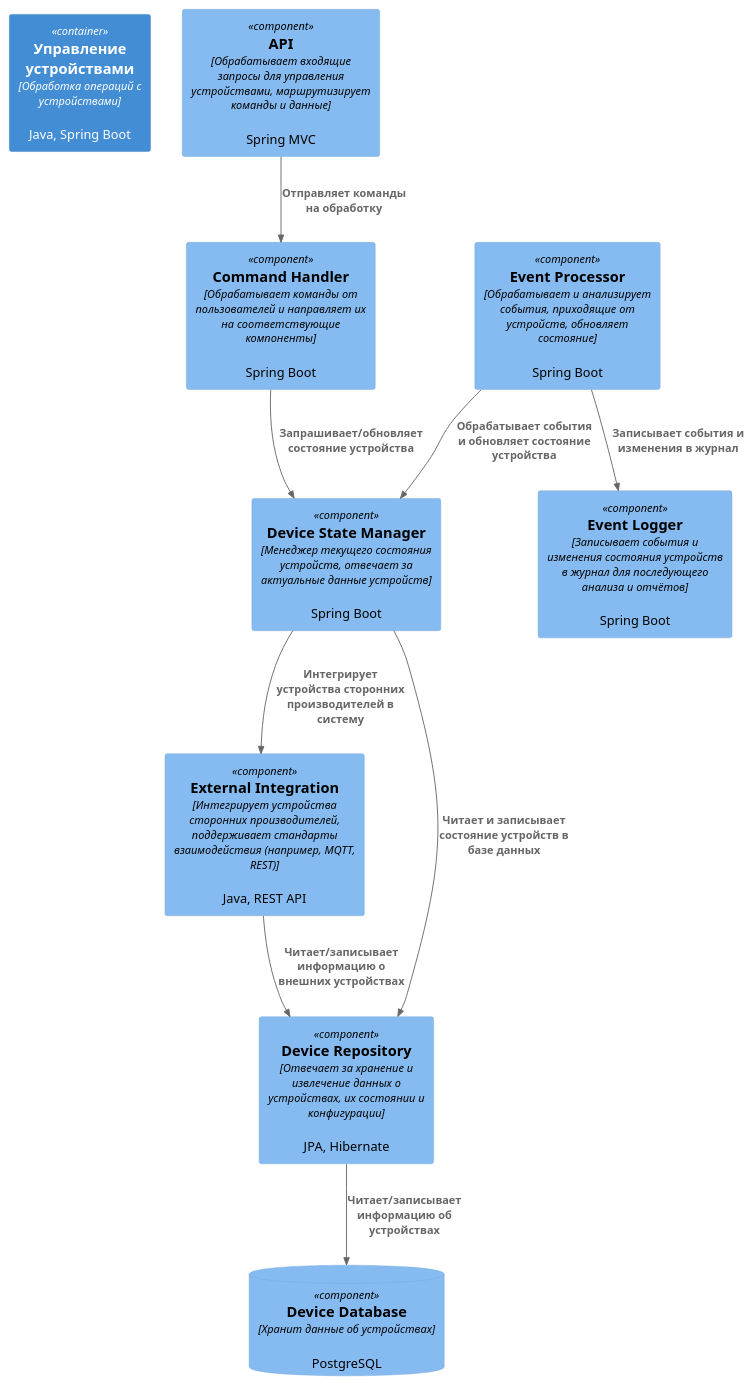
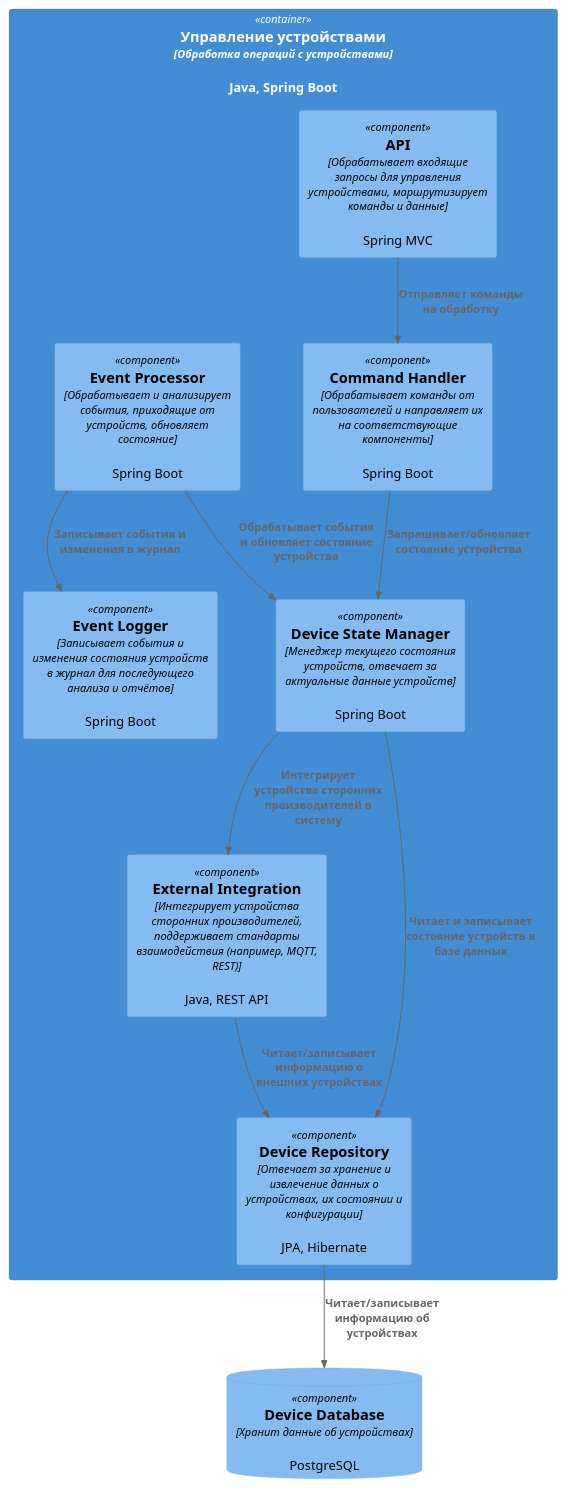
Before and after one commit to ArtPro9/architecture-warmhouse: the diagram in schemas/Devices_Service_Component.puml, drawn with PlantUML. The commit also changed 2 other files, not shown here.

```diff
--- a/schemas/Devices_Service_Component.puml
+++ b/schemas/Devices_Service_Component.puml
@@ -1,24 +1,24 @@
 @startuml
 !include https://raw.githubusercontent.com/RicardoNiepel/C4-PlantUML/master/C4_Component.puml
 
-Container(devicesService, "Управление устройствами", "Обработка операций с устройствами", "Java, Spring Boot")
-
-Component(api, "API", "Обрабатывает входящие запросы для управления устройствами, маршрутизирует команды и данные", "Spring MVC")
-Component(commandHandler, "Command Handler", "Обрабатывает команды от пользователей и направляет их на соответствующие компоненты", "Spring Boot")
-Component(deviceStateManager, "Device State Manager", "Менеджер текущего состояния устройств, отвечает за актуальные данные устройств", "Spring Boot")
-Component(eventProcessor, "Event Processor", "Обрабатывает и анализирует события, приходящие от устройств, обновляет состояние", "Spring Boot")
-Component(externalIntegration, "External Integration", "Интегрирует устройства сторонних производителей, поддерживает стандарты взаимодействия (например, MQTT, REST)", "Java, REST API")
-Component(deviceRepository, "Device Repository", "Отвечает за хранение и извлечение данных о устройствах, их состоянии и конфигурации", "JPA, Hibernate")
-Component(eventLogger, "Event Logger", "Записывает события и изменения состояния устройств в журнал для последующего анализа и отчётов", "Spring Boot")
+Container(devicesService, "Управление устройствами", "Обработка операций с устройствами", "Java, Spring Boot") {
+    Component(api, "API", "Обрабатывает входящие запросы для управления устройствами, маршрутизирует команды и данные", "Spring MVC")
+    Component(commandHandler, "Command Handler", "Обрабатывает команды от пользователей и направляет их на соответствующие компоненты", "Spring Boot")
+    Component(deviceStateManager, "Device State Manager", "Менеджер текущего состояния устройств, отвечает за актуальные данные устройств", "Spring Boot")
+    Component(eventProcessor, "Event Processor", "Обрабатывает и анализирует события, приходящие от устройств, обновляет состояние", "Spring Boot")
+    Component(externalIntegration, "External Integration", "Интегрирует устройства сторонних производителей, поддерживает стандарты взаимодействия (например, MQTT, REST)", "Java, REST API")
+    Component(deviceRepository, "Device Repository", "Отвечает за хранение и извлечение данных о устройствах, их состоянии и конфигурации", "JPA, Hibernate")
+    Component(eventLogger, "Event Logger", "Записывает события и изменения состояния устройств в журнал для последующего анализа и отчётов", "Spring Boot")
+}
 ComponentDb(deviceDatabase, "Device Database", "Хранит данные об устройствах", "PostgreSQL")
 
 Rel(api, commandHandler, "Отправляет команды на обработку")
 Rel(commandHandler, deviceStateManager, "Запрашивает/обновляет состояние устройства")
 Rel(eventProcessor, deviceStateManager, "Обрабатывает события и обновляет состояние устройства")
 Rel(eventProcessor, eventLogger, "Записывает события и изменения в журнал")
 Rel(deviceStateManager, externalIntegration, "Интегрирует устройства сторонних производителей в систему")
 Rel(deviceStateManager, deviceRepository, "Читает и записывает состояние устройств в базе данных")
 Rel(externalIntegration, deviceRepository, "Читает/записывает информацию о внешних устройствах")
 Rel(deviceRepository, deviceDatabase, "Читает/записывает информацию об устройствах")
 
 @enduml
```
